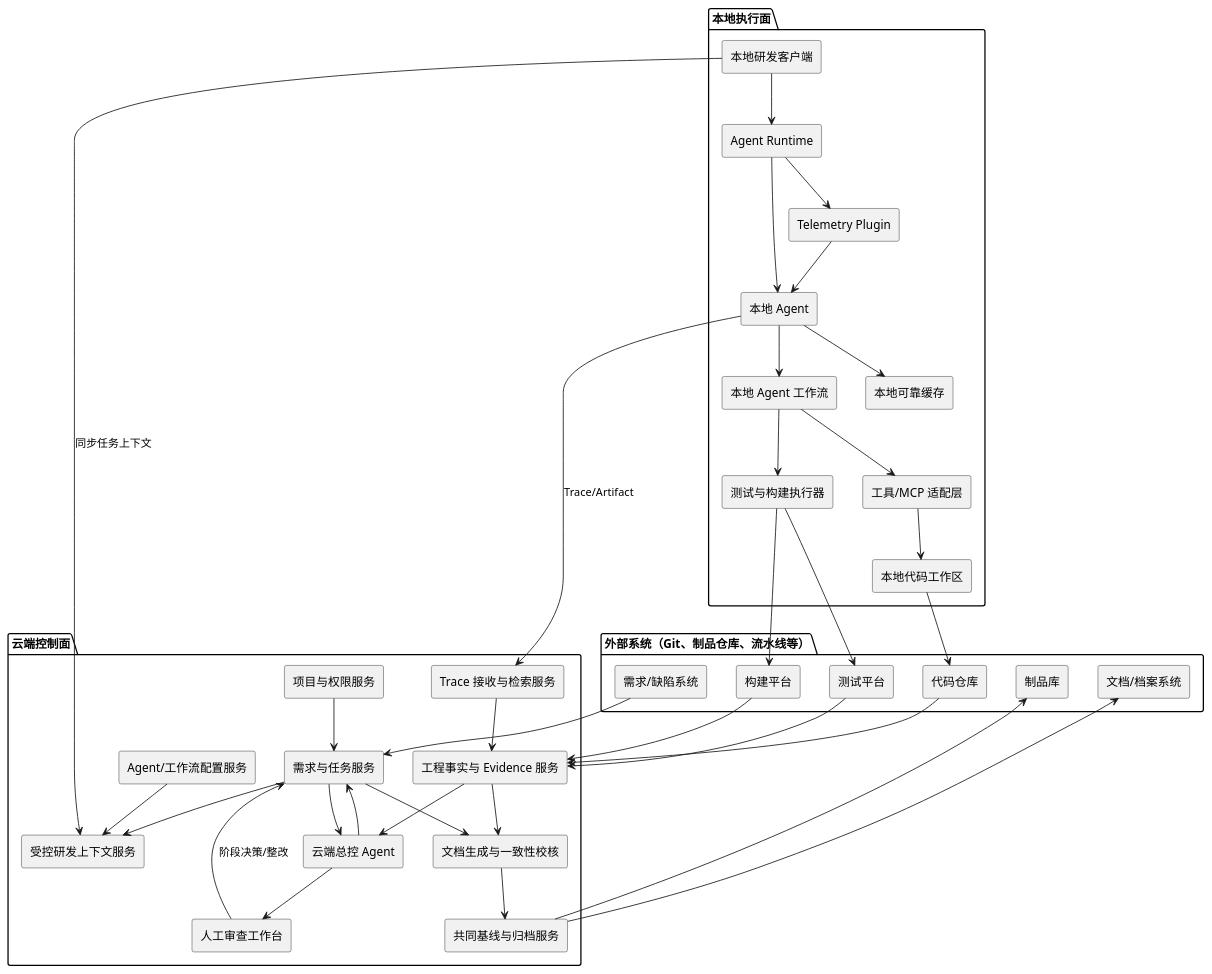
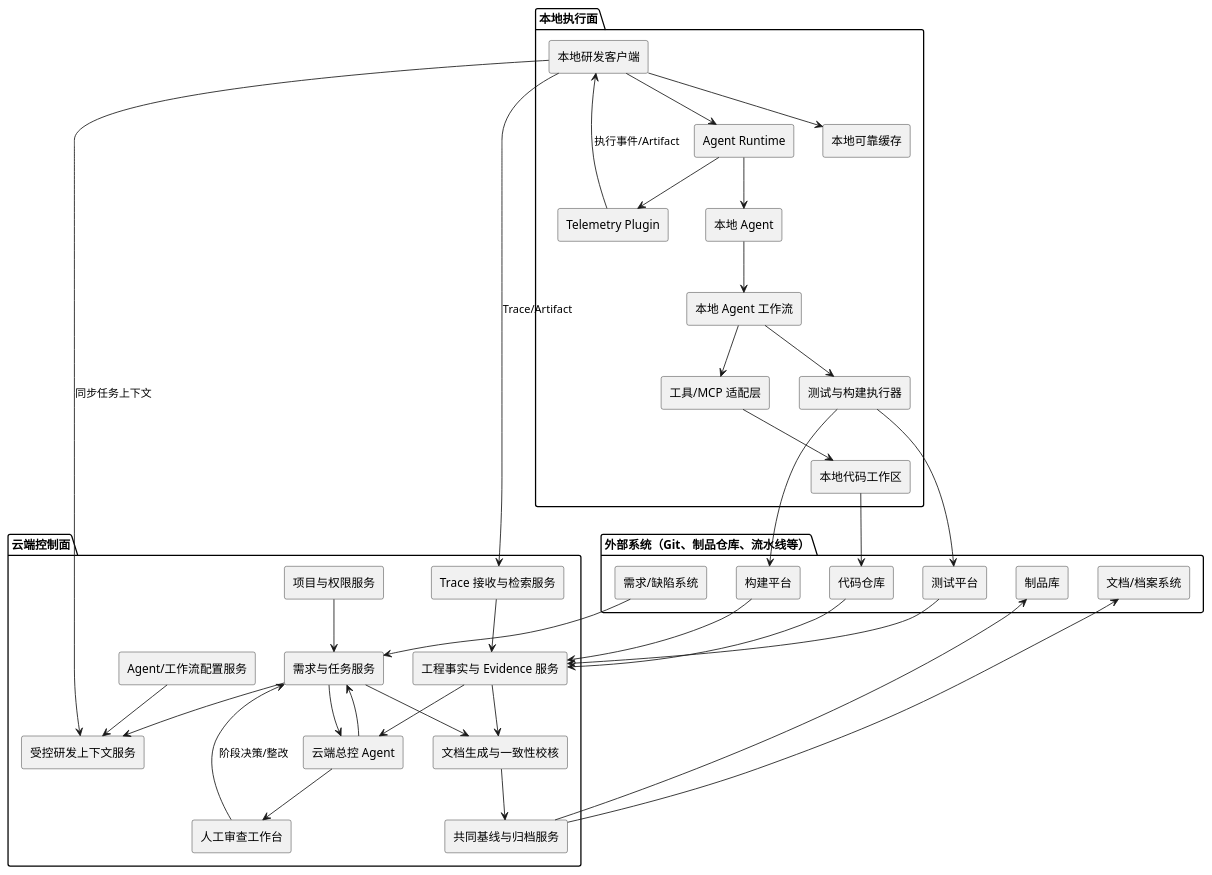
One commit to edwinyao121/ai-rjgc changed the fourth of 7 diagrams in 云端治理与本地智能研发协同平台_UseCase与UML.md. Above: the diagram before and after it, drawn with PlantUML. The commit also changed other lines of this file, not shown here.

Commit message:
docs: clarify client telemetry and cloud agent boundary

````diff
--- a/云端治理与本地智能研发协同平台_UseCase与UML.md
+++ b/云端治理与本地智能研发协同平台_UseCase与UML.md
@@ -744,77 +743,77 @@
 ```plantuml
 @startuml
 skinparam componentStyle rectangle
 
 package "云端控制面" {
   [项目与权限服务] as Project
   [需求与任务服务] as Task
   [云端总控 Agent] as CloudAgent
   [受控研发上下文服务] as Context
   [Agent/工作流配置服务] as Config
   [Trace 接收与检索服务] as Trace
   [工程事实与 Evidence 服务] as Evidence
   [人工审查工作台] as ReviewUI
   [文档生成与一致性校核] as Doc
   [共同基线与归档服务] as Baseline
 }
 
 package "本地执行面" {
   [本地研发客户端] as Client
   [Agent Runtime] as Runtime
   [本地 Agent] as LocalAgent
   [本地 Agent 工作流] as Agents
   [工具/MCP 适配层] as Tools
   [本地代码工作区] as Workspace
   [测试与构建执行器] as Validator
   [Telemetry Plugin] as Plugin
   [本地可靠缓存] as Cache
 }
 
 package "外部系统（Git、制品仓库、流水线等）" {
   [代码仓库] as SCM
   [需求/缺陷系统] as Req
   [测试平台] as Test
   [构建平台] as CI
   [制品库] as ArtifactRepo
   [文档/档案系统] as Archive
 }
 
 Project --> Task
 CloudAgent --> Task
 Task --> Context
 Config --> Context
 
 Client --> Context : 同步任务上下文
 Client --> Runtime
 Runtime --> LocalAgent
 LocalAgent --> Agents
 Agents --> Tools
 Tools --> Workspace
 Agents --> Validator
 Validator --> Test
 Validator --> CI
 Workspace --> SCM
 
 Runtime --> Plugin
-Plugin --> LocalAgent
-LocalAgent --> Cache
-LocalAgent --> Trace : Trace/Artifact
+Plugin --> Client : 执行事件/Artifact
+Client --> Cache
+Client --> Trace : Trace/Artifact
 
 Trace --> Evidence
 Task --> CloudAgent
 Evidence --> CloudAgent
 CloudAgent --> ReviewUI
 ReviewUI --> Task : 阶段决策/整改
 
 Evidence --> Doc
 Task --> Doc
 Doc --> Baseline
 Baseline --> Archive
 Baseline --> ArtifactRepo
 
 Req --> Task
 SCM --> Evidence
 Test --> Evidence
 CI --> Evidence
 @enduml
 ```
````
